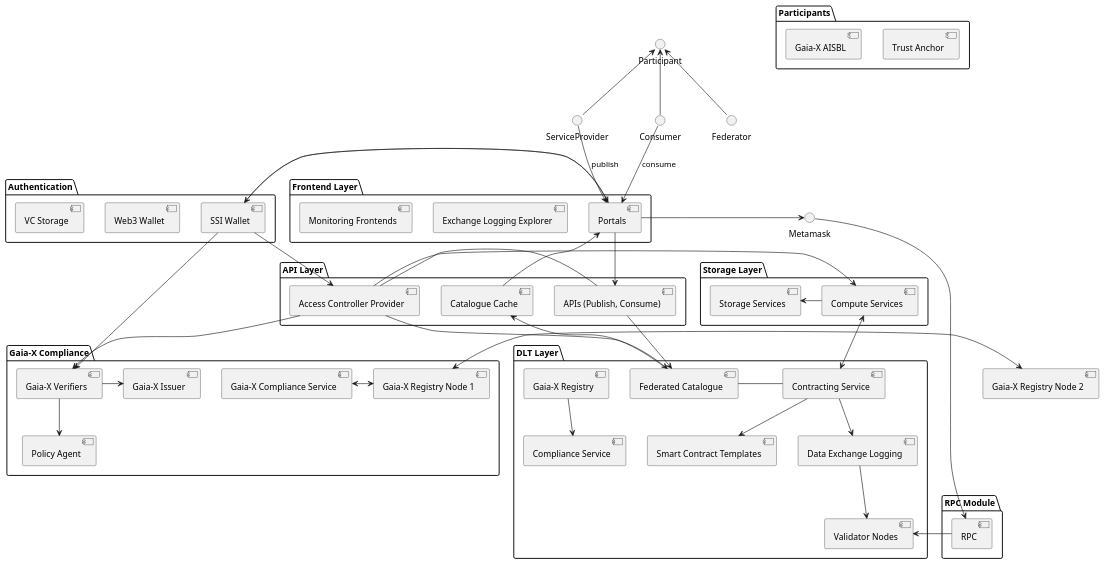
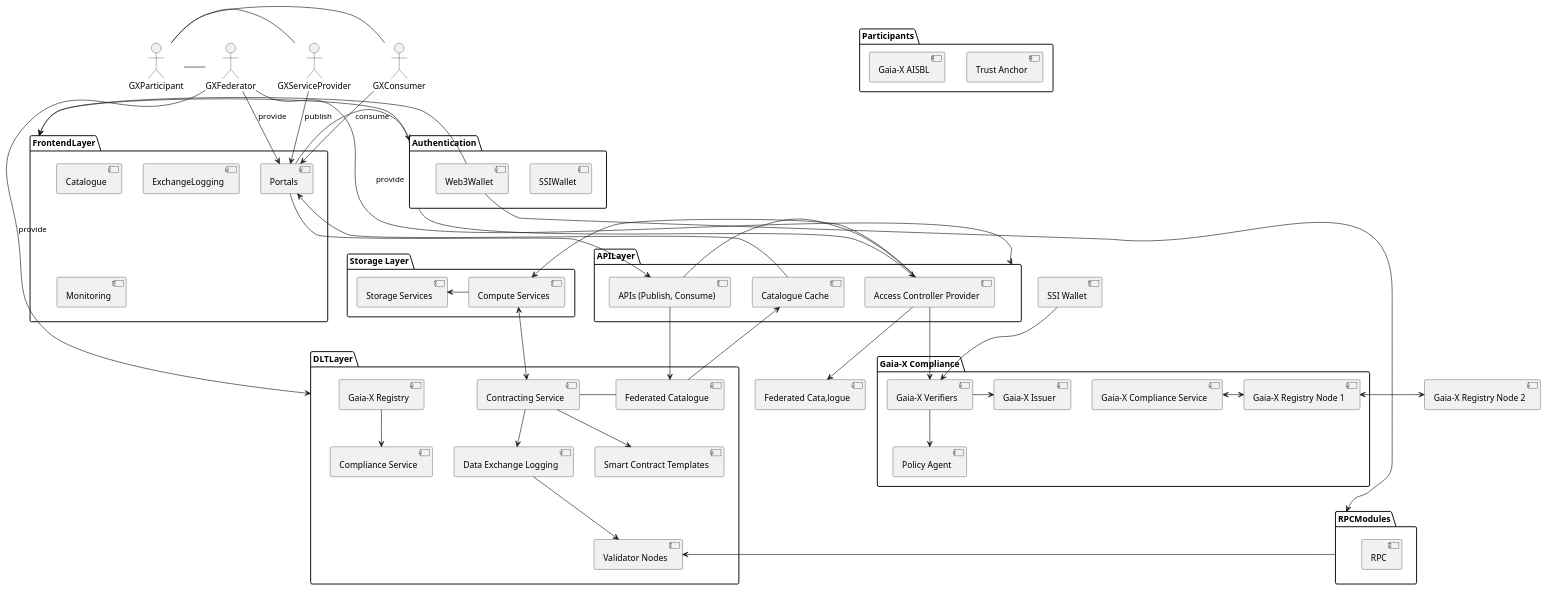
The diagram in Architecture Designspace/moveid_portal.puml (deltaDAO/files), drawn with PlantUML before and after one commit. The commit also changed 2 other files, not shown here.

```diff
--- a/Architecture Designspace/moveid_portal.puml
+++ b/Architecture Designspace/moveid_portal.puml
@@ -1,66 +1,76 @@
 @startuml
 top to bottom direction
 
-Participant <-- ServiceProvider
-Participant <-- Consumer
-Participant <-- Federator
+together {
+actor GXParticipant
+actor GXServiceProvider
+actor GXConsumer
+actor GXFederator
+}
+
+GXParticipant - GXServiceProvider
+GXParticipant - GXConsumer
+GXParticipant - GXFederator
 
 package "Participants" {
   [Trust Anchor]
   [Gaia-X AISBL]
 }
-package "Frontend Layer" {
+package "FrontendLayer" {
   [Portals]
-  [Exchange Logging Explorer]
-  [Monitoring Frontends]
+  [Catalogue]
+  [ExchangeLogging]
+  [Monitoring]
 }
-package "RPC Module" {
+package "RPCModules" {
   [RPC]
 }
 package "Authentication" {
-  [SSI Wallet]
-  [Web3 Wallet]
-  [VC Storage]
+  [SSIWallet]
+  [Web3Wallet]
 }
-package "API Layer" {
+package "APILayer" {
   [APIs (Publish, Consume)] - [Access Controller Provider]
   [Catalogue Cache]
 }
 package "Storage Layer" {
   [Storage Services] <- [Compute Services]
 
 }
-package "DLT Layer" {
+package "DLTLayer" {
   [Contracting Service] - [Federated Catalogue]
   [Contracting Service]-->[Data Exchange Logging]
   [Data Exchange Logging] --> [Validator Nodes]
   [Contracting Service] --> [Smart Contract Templates]
   [Gaia-X Registry] --> [Compliance Service]
   [Federated Catalogue]
 }
 package "Gaia-X Compliance" {
   [Gaia-X Compliance Service] <-> [Gaia-X Registry Node 1]  
   [Gaia-X Verifiers] --> [Policy Agent]
   [Gaia-X Verifiers]->[Gaia-X Issuer]
 }
 
-Consumer --> Portals : consume
-ServiceProvider --> Portals: publish
-Portals -> Metamask
-Metamask --> RPC
-[Validator Nodes] <- RPC
-Portals -> [SSI Wallet]
-[SSI Wallet] -> [Access Controller Provider]
-[SSI Wallet] -> Portals
+GXConsumer --> Portals : consume
+GXServiceProvider --> Portals: publish
+GXFederator --> Portals: provide
+GXFederator --> DLTLayer: provide
+GXFederator --> APILayer: provide
+[Web3Wallet] --> RPCModules
+[Web3Wallet] --> FrontendLayer
+[Validator Nodes] <- RPCModules
+Portals -> Authentication
+Authentication -> [Access Controller Provider]
+Authentication -> FrontendLayer
 Portals <-- [Catalogue Cache]
 Portals --> [APIs (Publish, Consume)]
 [APIs (Publish, Consume)] --> [Federated Catalogue]
 [Federated Catalogue] --> [Catalogue Cache]
 [Access Controller Provider]->[Compute Services]
-[Access Controller Provider]-->[Federated Catalogue]
+[Access Controller Provider]-->[Federated Cata‚logue]
 [Access Controller Provider] --> [Gaia-X Verifiers]
 [SSI Wallet] --> [Gaia-X Verifiers]
 [Gaia-X Registry Node 1] <-> [Gaia-X Registry Node 2]
 [Compute Services] <--> [Contracting Service]
 
 @enduml
```
